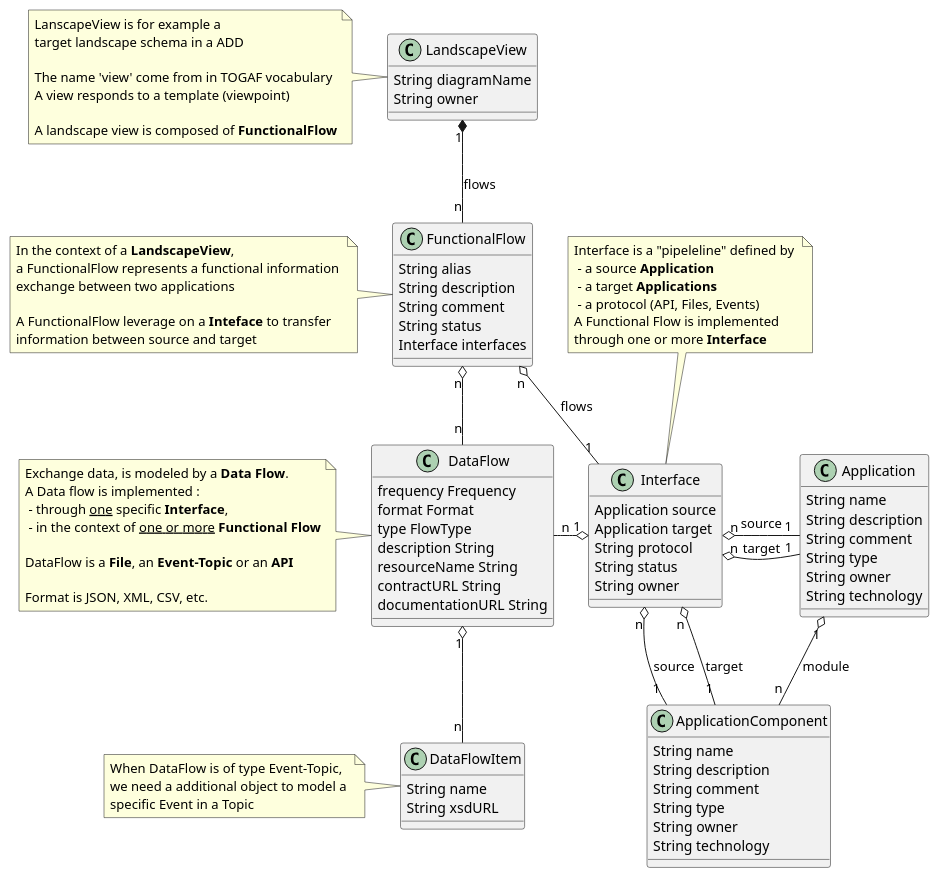
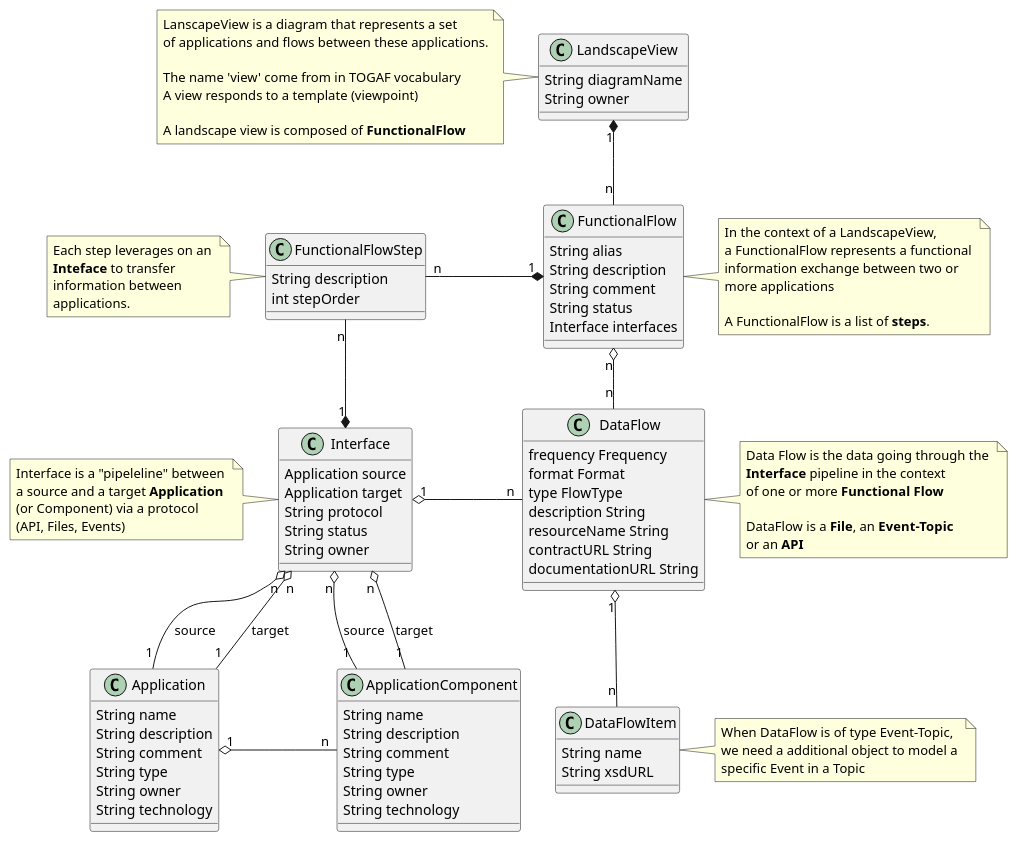
Before and after one commit to mauvaisetroupe/ea-design-it: the diagram in documentation/metamodel/plantuml-eadesignit.puml, drawn with PlantUML. The commit also changed 3 other files, not shown here.

```diff
--- a/documentation/metamodel/plantuml-eadesignit.puml
+++ b/documentation/metamodel/plantuml-eadesignit.puml
@@ -1,122 +1,125 @@
 @startuml
-LandscapeView "1" *-down- "n" FunctionalFlow : flows
-FunctionalFlow "n" o-down- "1" Interface : flows
-'FunctionalFlow "1" o-- "n" DataFlow
-DataFlow "n" -right-o "1" Interface
+LandscapeView "1" *-down- "n" FunctionalFlow
+FunctionalFlow "1" *-left- "n" FunctionalFlowStep  : \t\t\t
+FunctionalFlowStep "n" --* "1" Interface
+DataFlow "n" -left-o "1" Interface
+DataFlow "1" o-down- "n" DataFlowItem
 DataFlow "n" -up-o "n" FunctionalFlow
 
-
-
-
-Interface "n" o-right- "1" Application : source
-Interface "n" o-right- "1" Application : target
+Interface "n" o-- "1" Application : source
+Interface "n" o-- "1" Application : target
 Interface "n" o-- "1" ApplicationComponent : source
 Interface "n" o-- "1" ApplicationComponent : target
 
-Application "1" o-- "n" ApplicationComponent : module
-
-DataFlow "1" o-- "n" DataFlowItem
-
+Application "1" o-right- "n" ApplicationComponent : \t\t\t
 
 
 
 Class LandscapeView {
    String diagramName 
    String owner
 }
 note left of LandscapeView
-  LanscapeView is for example a 
-  target landscape schema in a ADD
+  LanscapeView is a diagram that represents a set 
+  of applications and flows between these applications.
   
   The name 'view' come from in TOGAF vocabulary
   A view responds to a template (viewpoint)
 
   A landscape view is composed of <b>FunctionalFlow</b>
 end note 
 
 Class FunctionalFlow {
    String alias
    String description
    String comment
    String status
 	Interface interfaces
 }
-note left of FunctionalFlow
-  In the context of a <b>LandscapeView</b>,
-  a FunctionalFlow represents a functional information 
-  exchange between two applications
+note right of FunctionalFlow
+  In the context of a LandscapeView,
+  a FunctionalFlow represents a functional 
+  information exchange between two or 
+  more applications
   
-  A FunctionalFlow leverage on a <b>Inteface</b> to transfer
-  information between source and target
+  A FunctionalFlow is a list of <b>steps</b>. 
 end note 
+
+Class FunctionalFlowStep {
+   String description
+   int stepOrder
+}
+
+note left of FunctionalFlowStep
+  Each step leverages on an 
+  <b>Inteface</b> to transfer 
+  information between 
+  applications.
+end note
 
 Class Interface {
    Application source
    Application target
    String protocol
    String status
    String owner
 }
-note top of Interface
-   Interface is a "pipeleline" defined by 
-    - a source <b>Application</b>
-    - a target <b>Applications</b>
-    - a protocol (API, Files, Events)
-   A Functional Flow is implemented 
-   through one or more <b>Interface</b>
+note left of Interface
+   Interface is a "pipeleline" between 
+   a source and a target <b>Application</b>
+   (or Component) via a protocol 
+   (API, Files, Events)
 end note
 
 
 Class Application {
    String name
    String description
    String comment
    String type
    String owner
    String technology
 }
 
 Class ApplicationComponent {
    String name
    String description
    String comment
    String type
    String owner
    String technology
 }
 
 
 Class DataFlow {
     frequency Frequency
     format Format
     type FlowType
     description String
     resourceName String
     contractURL String
     documentationURL String
 }
 
 
-note left of DataFlow
-  Exchange data, is modeled by a <b>Data Flow</b>.
-  A Data flow is implemented :
-   - through <u>one</u> specific <b>Interface</b>, 
-   - in the context of <u>one or more</u> <b>Functional Flow</b>
+note right of DataFlow
+  Data Flow is the data going through the 
+  <b>Interface</b> pipeline in the context 
+  of one or more <b>Functional Flow</b>
   
-  DataFlow is a <b>File</b>, an <b>Event-Topic</b> or an <b>API</b>
-
-  Format is JSON, XML, CSV, etc.
+  DataFlow is a <b>File</b>, an <b>Event-Topic</b> 
+  or an <b>API</b>
 end note 
 
 
 Class DataFlowItem {
    String name
    String xsdURL
 }
 
-note left of DataFlowItem
+note right of DataFlowItem
    When DataFlow is of type Event-Topic, 
    we need a additional object to model a 
    specific Event in a Topic
 end note
 @enduml
```
